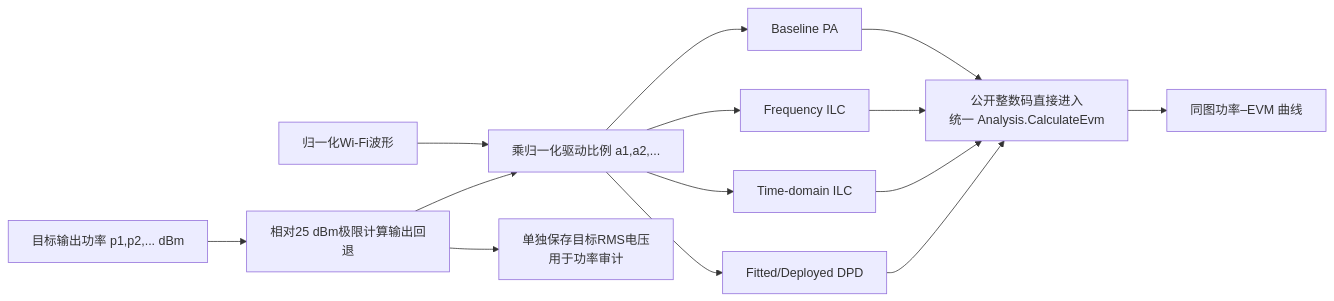
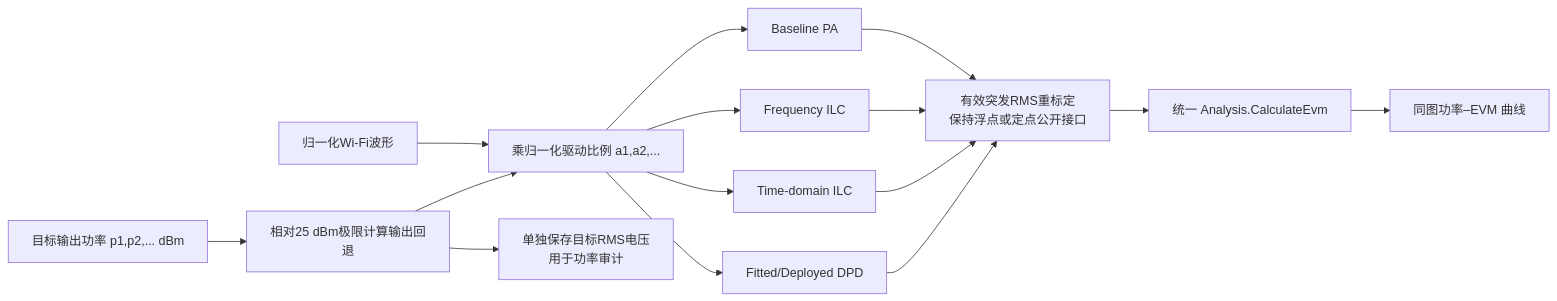
One commit to niyilu45/DPD_ILC changed the eighth of 9 diagrams in doc/Analysis.md. Above: the diagram before and after it, drawn with Mermaid. The commit also changed other lines of this file and 11 other files, not shown here.

````diff
--- a/doc/Analysis.md
+++ b/doc/Analysis.md
@@ -1452,16 +1491,17 @@
 ```mermaid
 flowchart LR
     P["目标输出功率 p1,p2,... dBm"] --> K["相对25 dBm极限计算输出回退"]
     A["归一化Wi-Fi波形"] --> B["乘归一化驱动比例 a1,a2,..."]
     K --> B
     B --> C1["Baseline PA"]
     B --> C2["Frequency ILC"]
     B --> C3["Time-domain ILC"]
     B --> C4["Fitted/Deployed DPD"]
-    C1 --> D["公开整数码直接进入<br/>统一 Analysis.CalculateEvm"]
-    C2 --> D
-    C3 --> D
-    C4 --> D
+    C1 --> calibration["有效突发RMS重标定<br/>保持浮点或定点公开接口"]
+    C2 --> calibration
+    C3 --> calibration
+    C4 --> calibration
+    calibration --> D["统一 Analysis.CalculateEvm"]
     K --> G["单独保存目标RMS电压<br/>用于功率审计"]
     D --> E["同图功率–EVM 曲线"]
 ```
````
